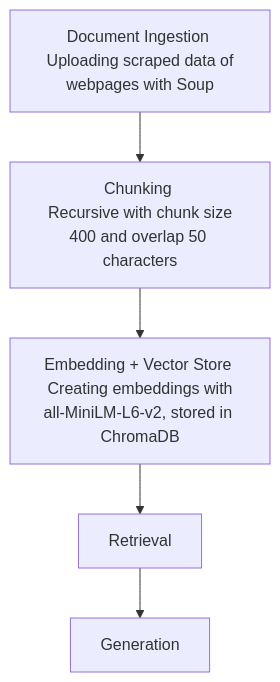
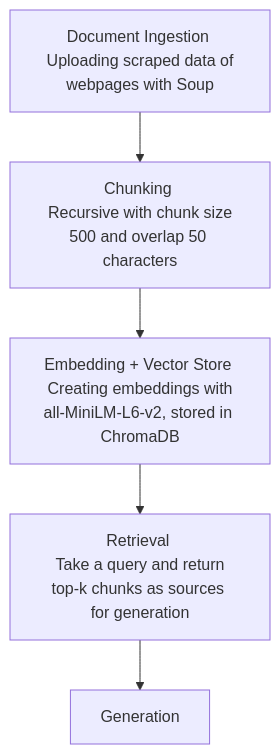
Before and after one commit to Harsh-D20/ai201-project1-unofficial-guide-starter: the diagram in planning.md, drawn with Mermaid. The commit also changed other lines of this file and 2 other files, not shown here.

Commit message:
feat: embeddings and retrieval

````diff
--- a/planning.md
+++ b/planning.md
@@ -82,13 +87,13 @@
 ```mermaid
 flowchart TD
      DI[Document Ingestion \n Uploading scraped data of webpages with Soup]
-     C[Chunking \n Recursive with chunk size 400 and overlap 50 characters]
+     C[Chunking \n Recursive with chunk size 500 and overlap 50 characters]
      EVS[Embedding + Vector Store \n Creating embeddings with all-MiniLM-L6-v2, stored in ChromaDB]
-     R[Retrieval]
+     R[Retrieval \n Take a query and return top-k chunks as sources for generation]
      G[Generation]
 
      DI --> C
      C --> EVS
      EVS --> R
      R --> G
 ```
````
